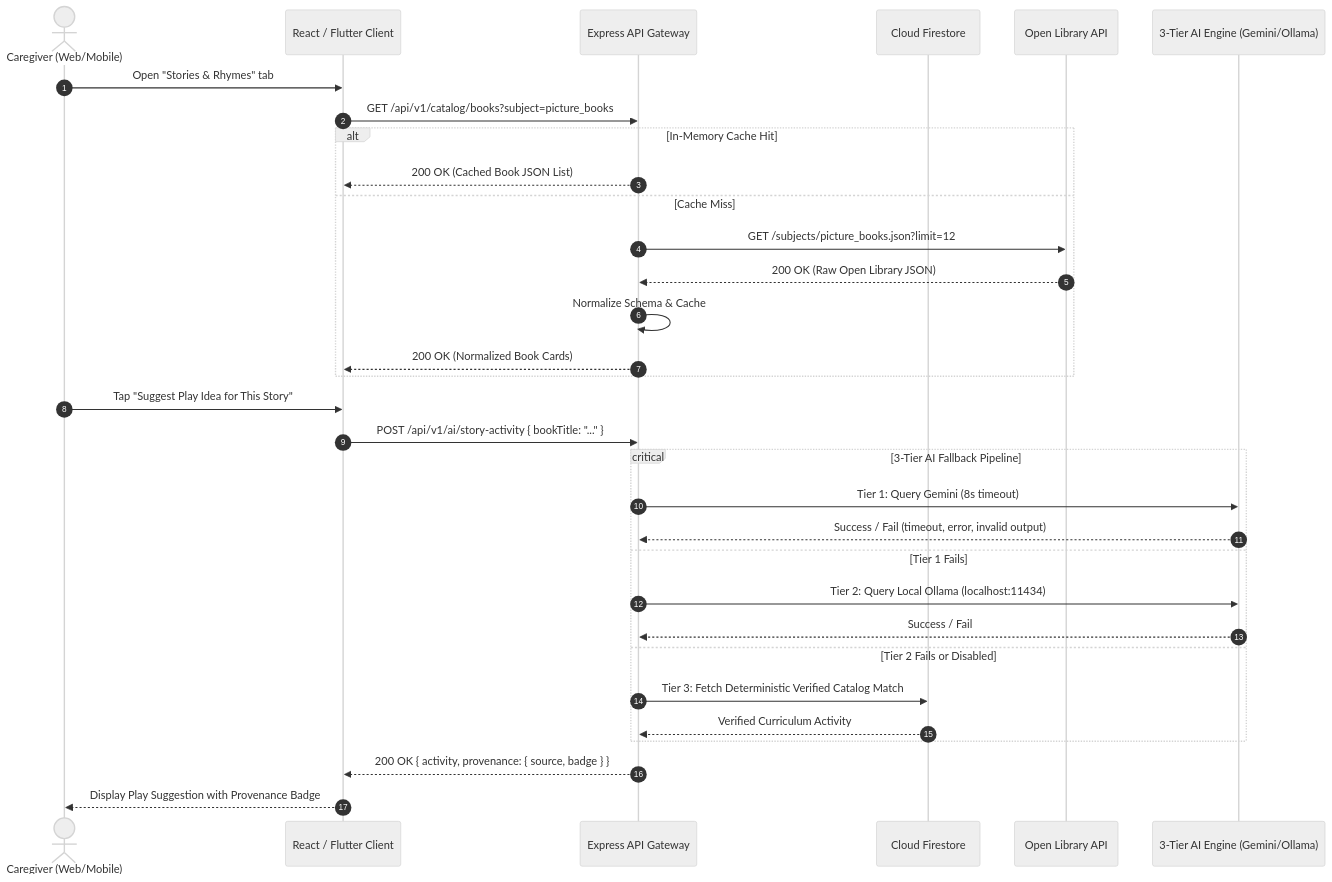
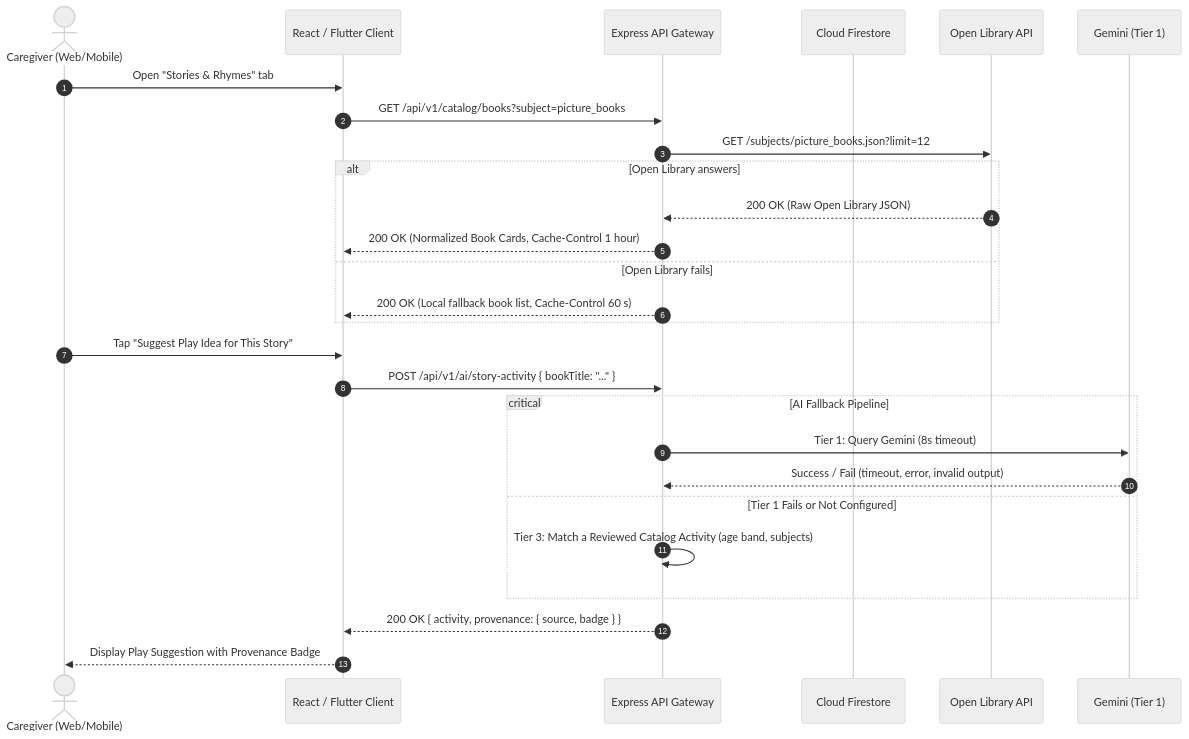
One commit to Thesis-Titans/littlesteps-docs changed the second of 2 diagrams in docs/api-reference.md. Above: the diagram before and after it, drawn with Mermaid (neutral theme). The commit also changed other lines of this file and 6 other files, not shown here.

First line of the commit message:
docs: show the AI fallback as built, with Ollama as planned

````diff
--- a/docs/api-reference.md
+++ b/docs/api-reference.md
@@ -43,36 +43,31 @@
 ```mermaid
 sequenceDiagram
   autonumber
   actor Parent as Caregiver (Web/Mobile)
   participant Client as React / Flutter Client
   participant API as Express API Gateway
   participant DB as Cloud Firestore
   participant ExtData as Open Library API
-  participant AI as 3-Tier AI Engine (Gemini/Ollama)
+  participant AI as Gemini (Tier 1)
 
   Parent->>Client: Open "Stories & Rhymes" tab
   Client->>API: GET /api/v1/catalog/books?subject=picture_books
-  alt In-Memory Cache Hit
-    API-->>Client: 200 OK (Cached Book JSON List)
-  else Cache Miss
-    API->>ExtData: GET /subjects/picture_books.json?limit=12
+  API->>ExtData: GET /subjects/picture_books.json?limit=12
+  alt Open Library answers
     ExtData-->>API: 200 OK (Raw Open Library JSON)
-    API->>API: Normalize Schema & Cache
-    API-->>Client: 200 OK (Normalized Book Cards)
+    API-->>Client: 200 OK (Normalized Book Cards, Cache-Control 1 hour)
+  else Open Library fails
+    API-->>Client: 200 OK (Local fallback book list, Cache-Control 60 s)
   end
 
   Parent->>Client: Tap "Suggest Play Idea for This Story"
   Client->>API: POST /api/v1/ai/story-activity { bookTitle: "..." }
-  critical 3-Tier AI Fallback Pipeline
+  critical AI Fallback Pipeline
     API->>AI: Tier 1: Query Gemini (8s timeout)
     AI-->>API: Success / Fail (timeout, error, invalid output)
-  option Tier 1 Fails
-    API->>AI: Tier 2: Query Local Ollama (localhost:11434)
-    AI-->>API: Success / Fail
-  option Tier 2 Fails or Disabled
-    API->>DB: Tier 3: Fetch Deterministic Verified Catalog Match
-    DB-->>API: Verified Curriculum Activity
+  option Tier 1 Fails or Not Configured
+    API->>API: Tier 3: Match a Reviewed Catalog Activity (age band, subjects)
   end
   API-->>Client: 200 OK { activity, provenance: { source, badge } }
   Client-->>Parent: Display Play Suggestion with Provenance Badge
 ```
````
